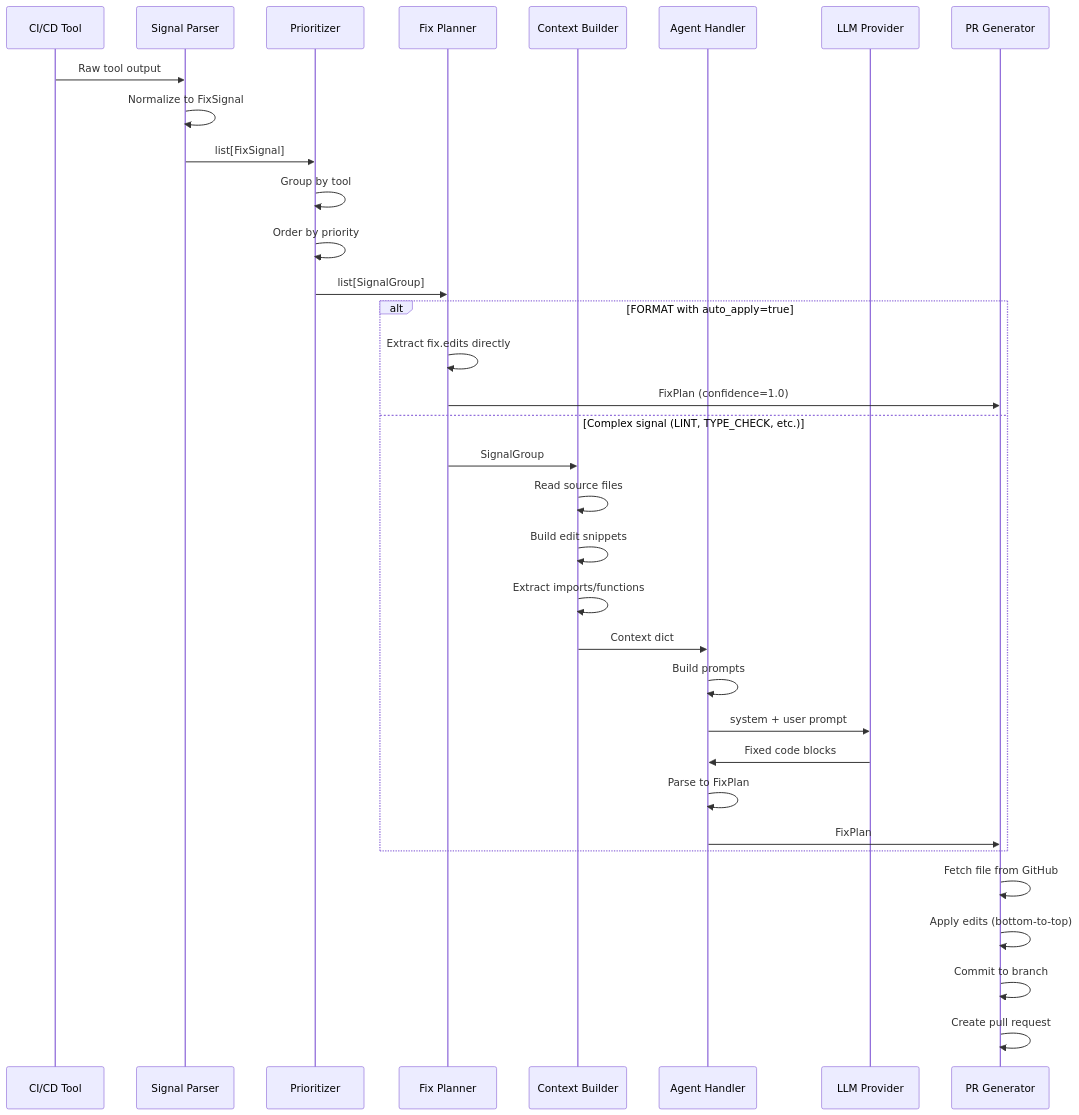
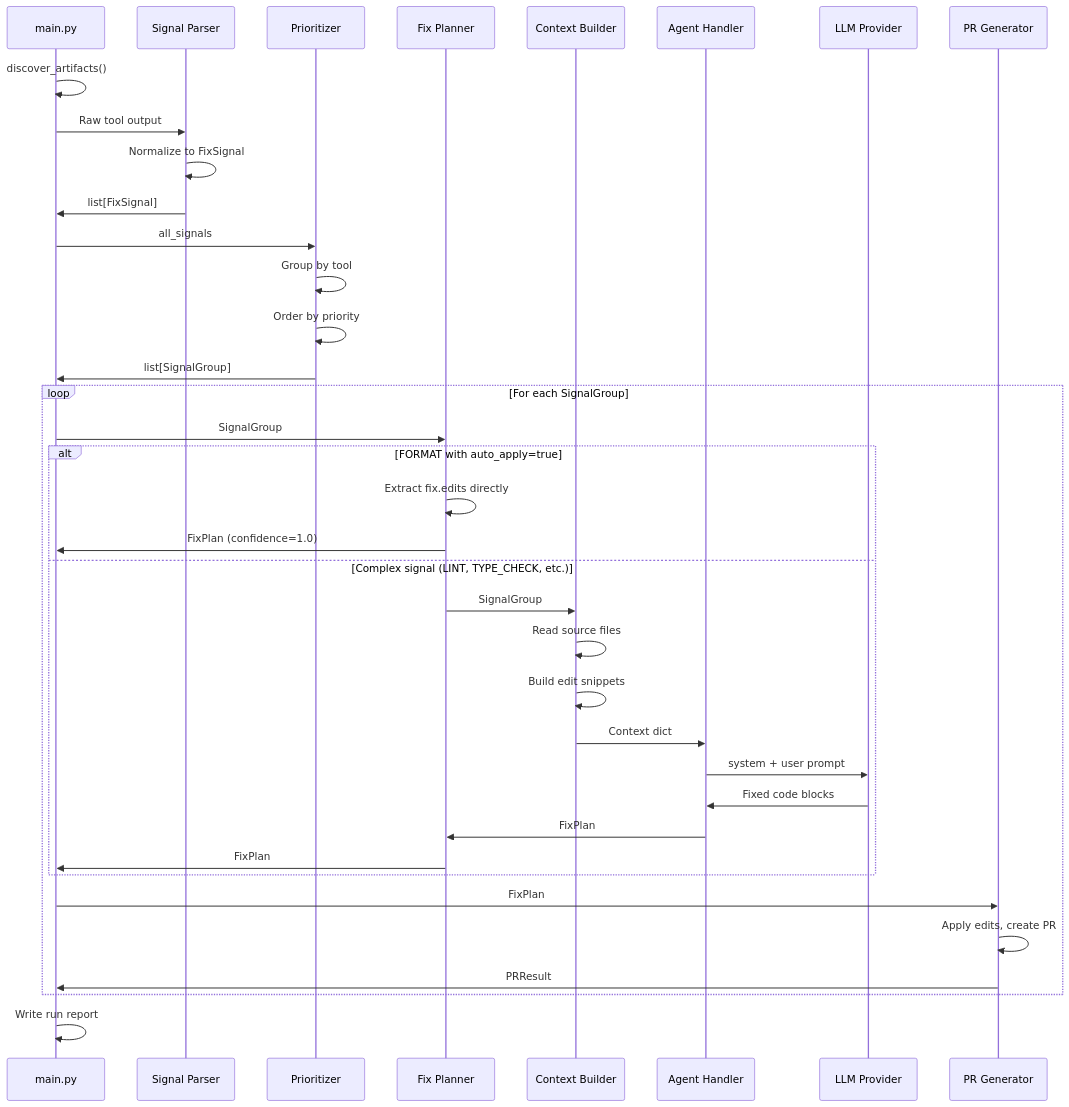
Before and after one commit to davidjmoloney/cicd-ai-assistant: the third of 7 diagrams in docs/module-architecture-diagram.md, drawn with Mermaid. The commit also changed other lines of this file and 3 other files, not shown here.

Commit message:
updating arch and git docs to include most recent addition of main function

````diff
--- a/docs/module-architecture-diagram.md
+++ b/docs/module-architecture-diagram.md
@@ -191,40 +214,45 @@
 ```mermaid
 sequenceDiagram
-    participant CI as CI/CD Tool
+    participant Main as main.py
     participant Parser as Signal Parser
     participant Prioritizer as Prioritizer
     participant Planner as Fix Planner
     participant Context as Context Builder
     participant Agent as Agent Handler
     participant LLM as LLM Provider
     participant PR as PR Generator
 
-    CI->>Parser: Raw tool output
+    Main->>Main: discover_artifacts()
+    Main->>Parser: Raw tool output
     Parser->>Parser: Normalize to FixSignal
-    Parser->>Prioritizer: list[FixSignal]
+    Parser->>Main: list[FixSignal]
 
+    Main->>Prioritizer: all_signals
     Prioritizer->>Prioritizer: Group by tool
     Prioritizer->>Prioritizer: Order by priority
-    Prioritizer->>Planner: list[SignalGroup]
+    Prioritizer->>Main: list[SignalGroup]
 
-    alt FORMAT with auto_apply=true
-        Planner->>Planner: Extract fix.edits directly
-        Planner->>PR: FixPlan (confidence=1.0)
-    else Complex signal (LINT, TYPE_CHECK, etc.)
-        Planner->>Context: SignalGroup
-        Context->>Context: Read source files
-        Context->>Context: Build edit snippets
-        Context->>Context: Extract imports/functions
-        Context->>Agent: Context dict
-        Agent->>Agent: Build prompts
-        Agent->>LLM: system + user prompt
-        LLM->>Agent: Fixed code blocks
-        Agent->>Agent: Parse to FixPlan
-        Agent->>PR: FixPlan
+    loop For each SignalGroup
+        Main->>Planner: SignalGroup
+
+        alt FORMAT with auto_apply=true
+            Planner->>Planner: Extract fix.edits directly
+            Planner->>Main: FixPlan (confidence=1.0)
+        else Complex signal (LINT, TYPE_CHECK, etc.)
+            Planner->>Context: SignalGroup
+            Context->>Context: Read source files
+            Context->>Context: Build edit snippets
+            Context->>Agent: Context dict
+            Agent->>LLM: system + user prompt
+            LLM->>Agent: Fixed code blocks
+            Agent->>Planner: FixPlan
+            Planner->>Main: FixPlan
+        end
+
+        Main->>PR: FixPlan
+        PR->>PR: Apply edits, create PR
+        PR->>Main: PRResult
     end
 
-    PR->>PR: Fetch file from GitHub
-    PR->>PR: Apply edits (bottom-to-top)
-    PR->>PR: Commit to branch
-    PR->>PR: Create pull request
+    Main->>Main: Write run report
 ```
````
